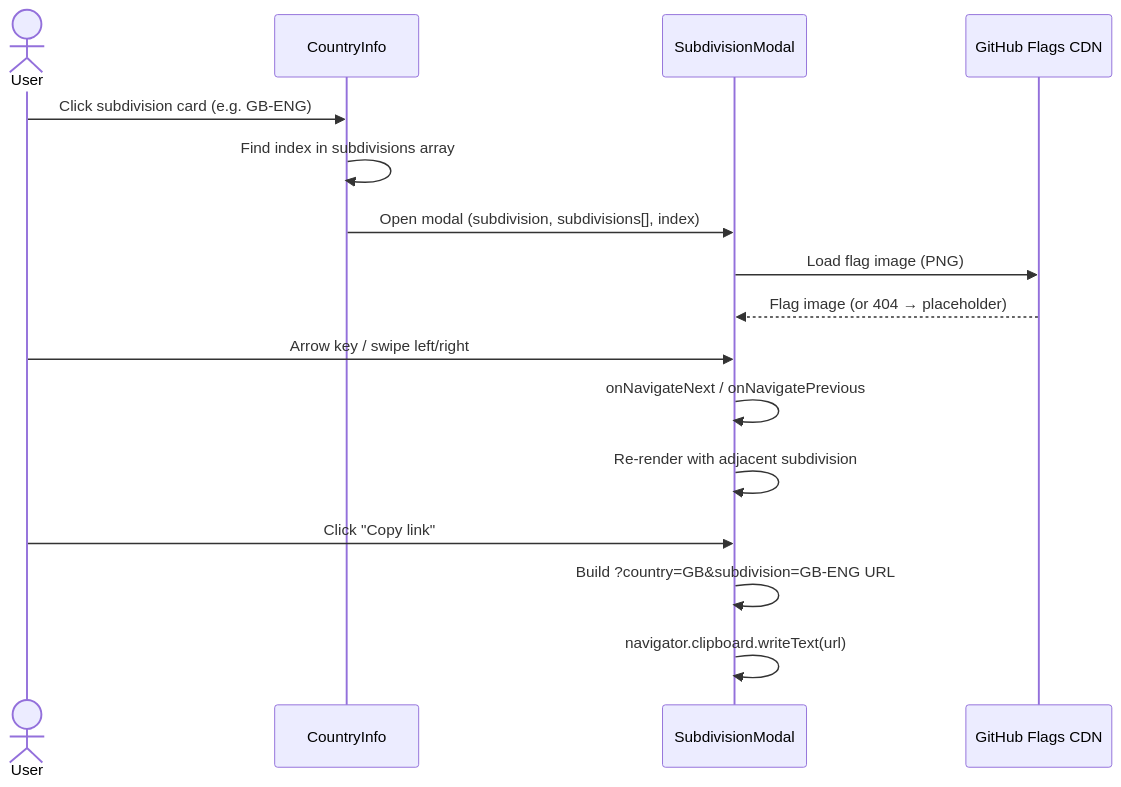
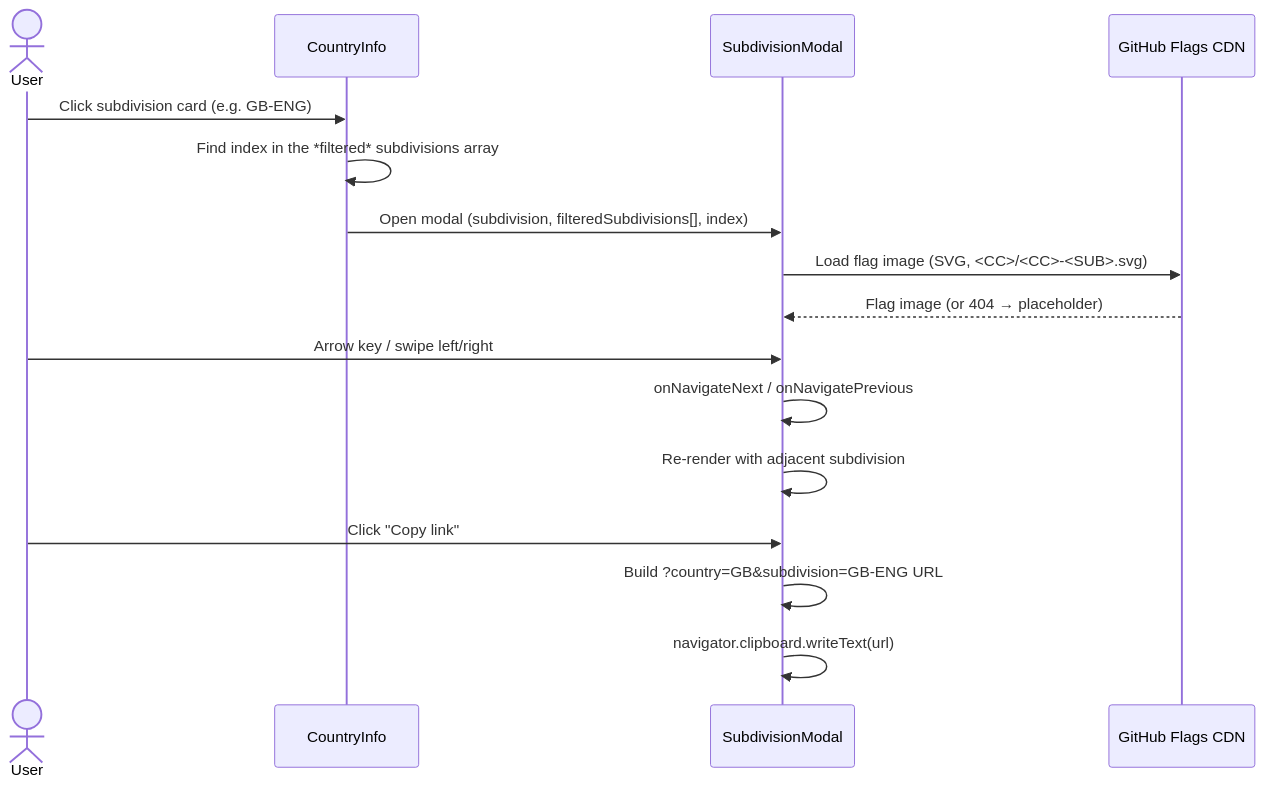
Before and after one commit to amckenna41/iso3166-flags-frontend: the third of 3 diagrams in docs/architecture.md, drawn with Mermaid. The commit also changed other lines of this file and 51 other files, not shown here.

````diff
--- a/docs/architecture.md
+++ b/docs/architecture.md
@@ -139,19 +161,19 @@
 ```mermaid
 sequenceDiagram
     actor User
     participant CI as CountryInfo
     participant SM as SubdivisionModal
     participant CDN as GitHub Flags CDN
 
     User->>CI: Click subdivision card (e.g. GB-ENG)
-    CI->>CI: Find index in subdivisions array
-    CI->>SM: Open modal (subdivision, subdivisions[], index)
-    SM->>CDN: Load flag image (PNG)
+    CI->>CI: Find index in the *filtered* subdivisions array
+    CI->>SM: Open modal (subdivision, filteredSubdivisions[], index)
+    SM->>CDN: Load flag image (SVG, <CC>/<CC>-<SUB>.svg)
     CDN-->>SM: Flag image (or 404 → placeholder)
     User->>SM: Arrow key / swipe left/right
     SM->>SM: onNavigateNext / onNavigatePrevious
     SM->>SM: Re-render with adjacent subdivision
     User->>SM: Click "Copy link"
     SM->>SM: Build ?country=GB&subdivision=GB-ENG URL
     SM->>SM: navigator.clipboard.writeText(url)
 ```
````
